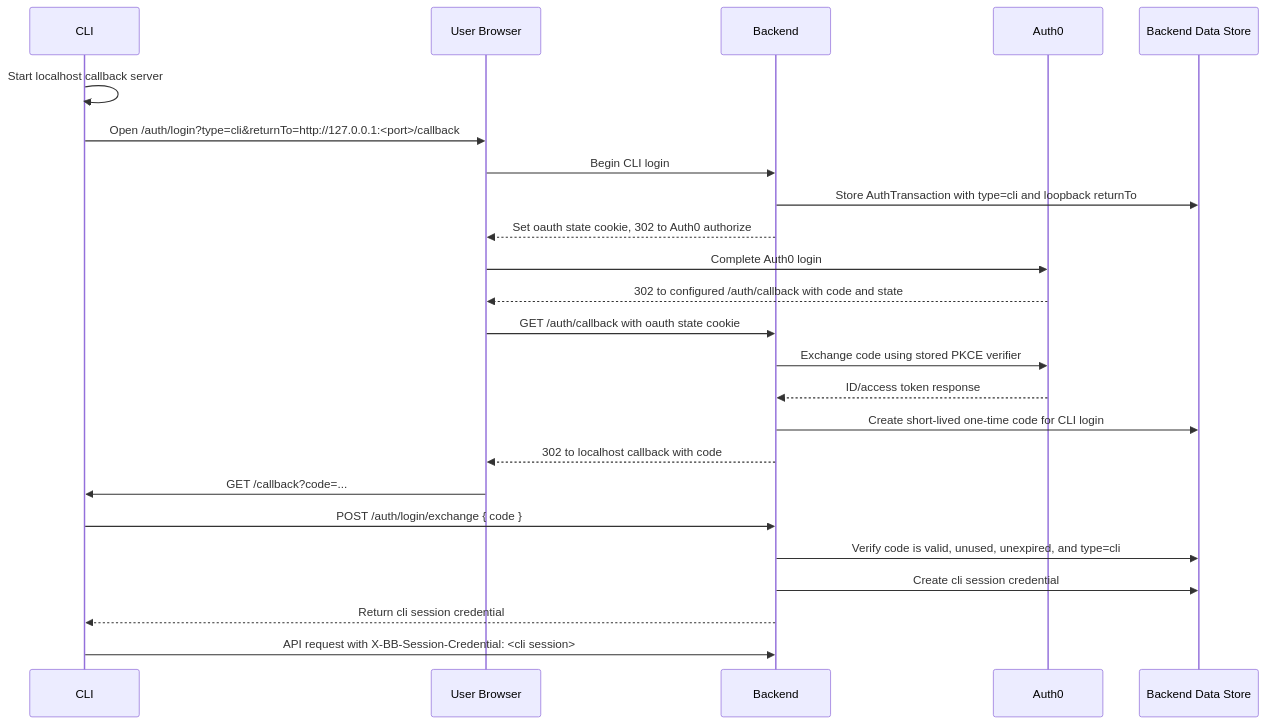
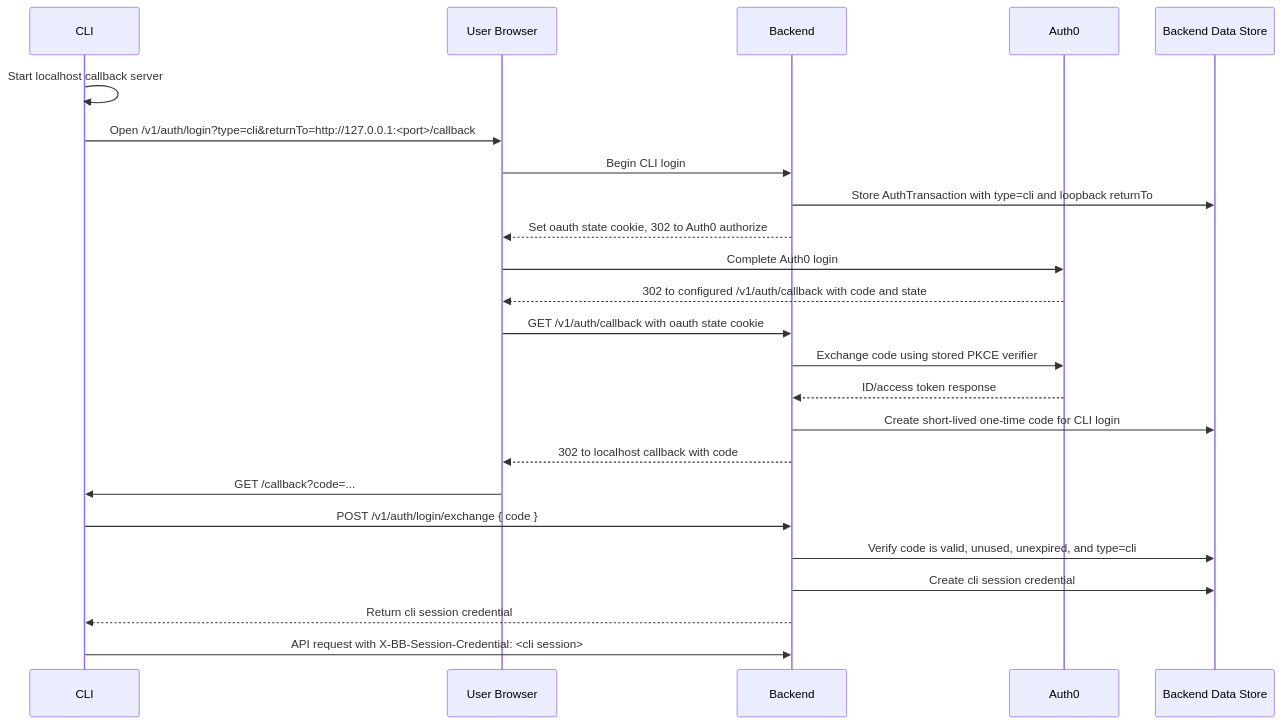
One commit to block/berd changed the diagram in bb-cli/docs/bb-auth-flow.md. Above: the diagram before and after it, drawn with Mermaid. The commit also changed 5 other files, not shown here.

First line of the commit message:
fix(cli): support new kgoose auth me response and v1 apis (#782)

````diff
--- a/bb-cli/docs/bb-auth-flow.md
+++ b/bb-cli/docs/bb-auth-flow.md
@@ -5,27 +5,27 @@
 ```mermaid
 sequenceDiagram
     participant CLI
     participant Browser as User Browser
     participant Backend
     participant Auth0
     participant Store as Backend Data Store
 
     CLI->>CLI: Start localhost callback server
-    CLI->>Browser: Open /auth/login?type=cli&returnTo=http://127.0.0.1:<port>/callback
+    CLI->>Browser: Open /v1/auth/login?type=cli&returnTo=http://127.0.0.1:<port>/callback
     Browser->>Backend: Begin CLI login
     Backend->>Store: Store AuthTransaction with type=cli and loopback returnTo
     Backend-->>Browser: Set oauth state cookie, 302 to Auth0 authorize
     Browser->>Auth0: Complete Auth0 login
-    Auth0-->>Browser: 302 to configured /auth/callback with code and state
-    Browser->>Backend: GET /auth/callback with oauth state cookie
+    Auth0-->>Browser: 302 to configured /v1/auth/callback with code and state
+    Browser->>Backend: GET /v1/auth/callback with oauth state cookie
     Backend->>Auth0: Exchange code using stored PKCE verifier
     Auth0-->>Backend: ID/access token response
     Backend->>Store: Create short-lived one-time code for CLI login
     Backend-->>Browser: 302 to localhost callback with code
     Browser->>CLI: GET /callback?code=...
-    CLI->>Backend: POST /auth/login/exchange { code }
+    CLI->>Backend: POST /v1/auth/login/exchange { code }
     Backend->>Store: Verify code is valid, unused, unexpired, and type=cli
     Backend->>Store: Create cli session credential
     Backend-->>CLI: Return cli session credential
     CLI->>Backend: API request with X-BB-Session-Credential: <cli session>
 ```
````
